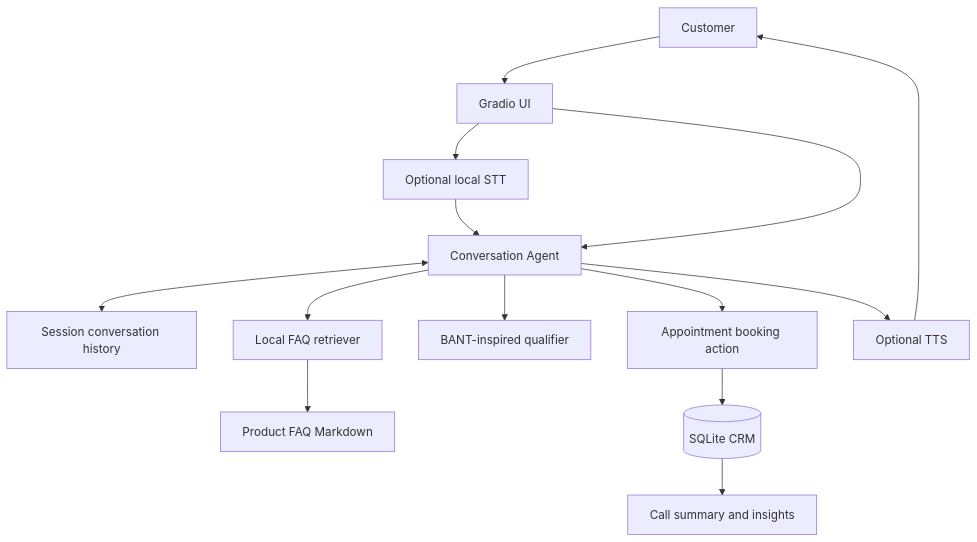
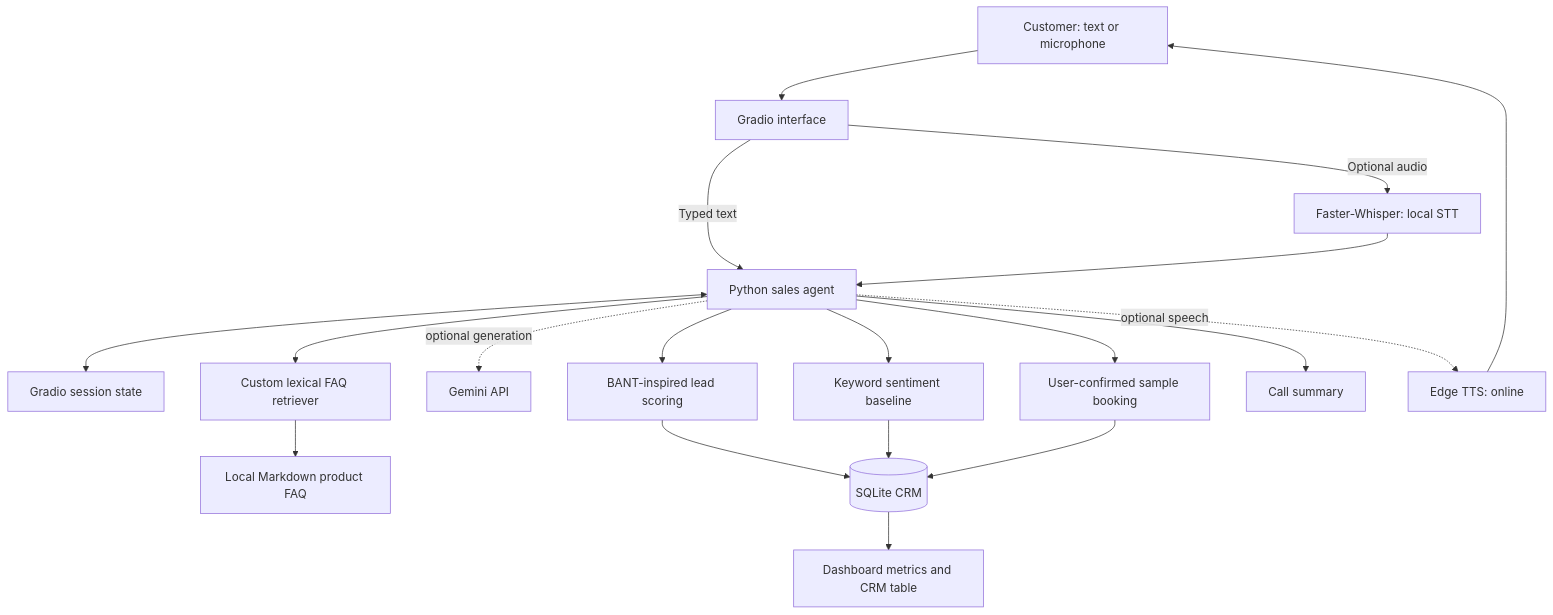
Before and after one commit to Yogeshyadav870/AAHVANI-AI: the diagram in architecture/system_architecture.md, drawn with Mermaid. The commit also changed other lines of this file, not shown here.

Commit message:
Complete architecture, security, deployment and commercial scale documentation

````diff
--- a/architecture/system_architecture.md
+++ b/architecture/system_architecture.md
@@ -5,16 +7,21 @@
 ```mermaid
 flowchart TD
-    Customer[Customer] --> UI[Gradio UI]
-    UI --> STT[Optional local STT]
-    STT --> Agent[Conversation Agent]
-    UI --> Agent
-    Agent <--> Memory[Session conversation history]
-    Agent --> Retriever[Local FAQ retriever]
-    Retriever --> KB[Product FAQ Markdown]
-    Agent --> Qualifier[BANT-inspired qualifier]
-    Agent --> Booking[Appointment booking action]
-    Booking --> DB[(SQLite CRM)]
-    Agent --> TTS[Optional TTS]
+    Customer[Customer: text or microphone] --> UI[Gradio interface]
+    UI -->|Typed text| Agent[Python sales agent]
+    UI -->|Optional audio| STT[Faster-Whisper: local STT]
+    STT --> Agent
+    Agent <--> Memory[Gradio session state]
+    Agent --> Retriever[Custom lexical FAQ retriever]
+    Retriever --> KB[Local Markdown product FAQ]
+    Agent -. optional generation .-> Gemini[Gemini API]
+    Agent --> Qualifier[BANT-inspired lead scoring]
+    Agent --> Sentiment[Keyword sentiment baseline]
+    Qualifier --> CRM[(SQLite CRM)]
+    Sentiment --> CRM
+    Agent --> Booking[User-confirmed sample booking]
+    Booking --> CRM
+    Agent --> Summary[Call summary]
+    CRM --> Dashboard[Dashboard metrics and CRM table]
+    Agent -. optional speech .-> TTS[Edge TTS: online]
     TTS --> Customer
-    DB --> Summary[Call summary and insights]
 ```
````
